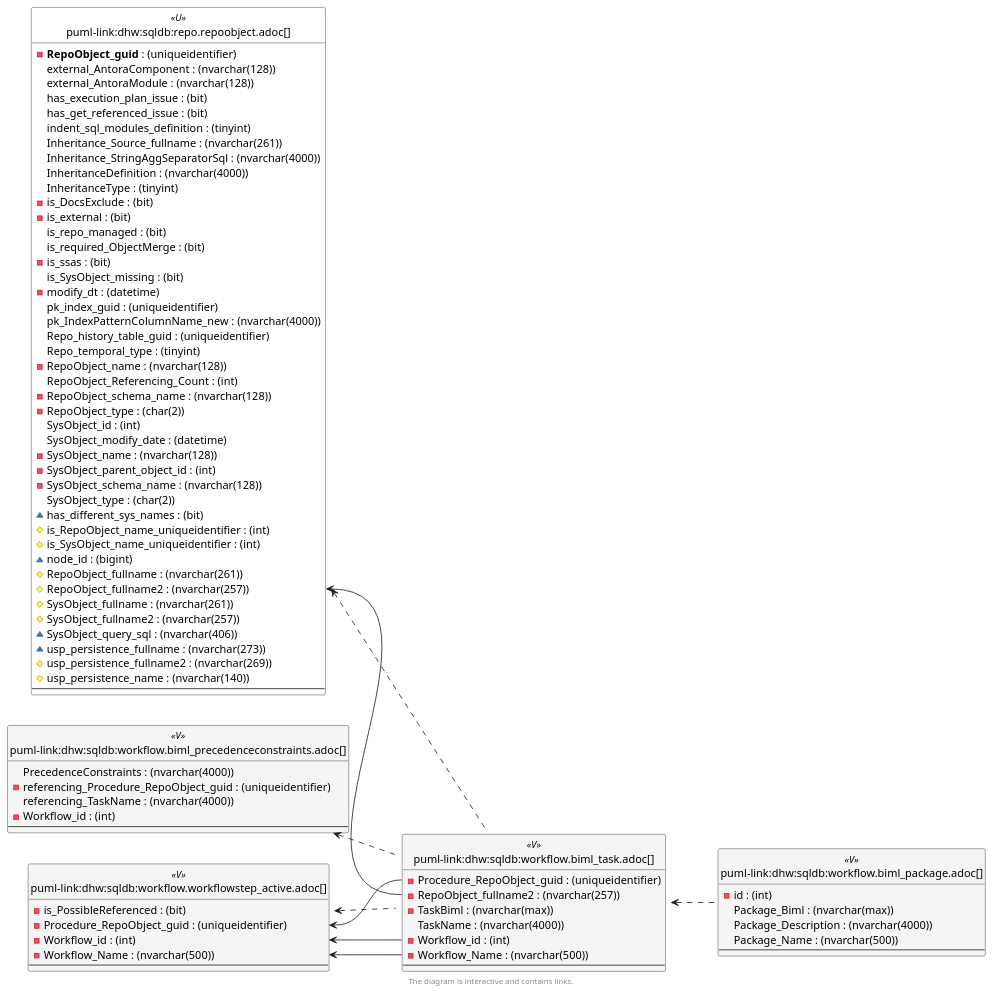
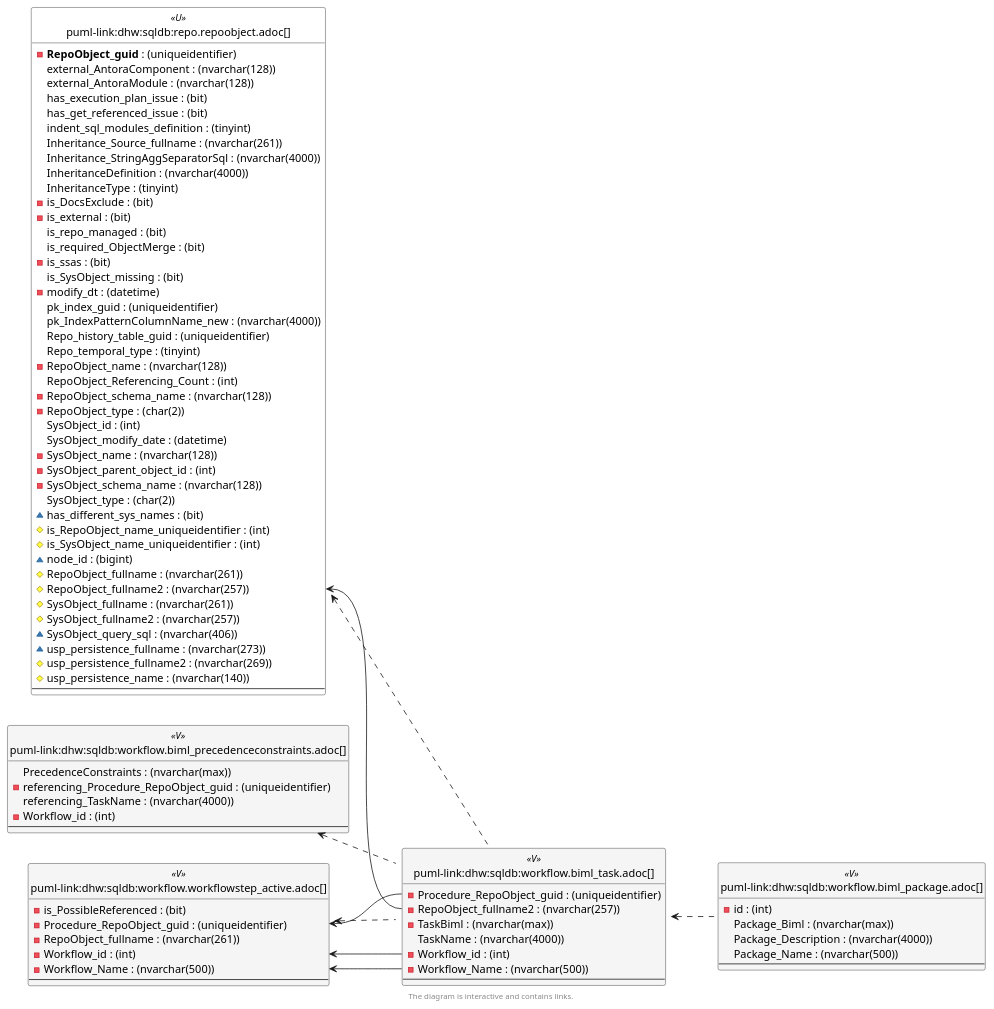
One commit to DataHandwerk/dhw-antora-sqldb changed the sixth of 6 diagrams in docs/modules/sqldb/partials/content/workflow.biml_task.adoc. Above: the diagram before and after it, drawn with PlantUML. The commit also changed other lines of this file and 701 other files, not shown here.

```diff
--- a/docs/modules/sqldb/partials/content/workflow.biml_task.adoc
+++ b/docs/modules/sqldb/partials/content/workflow.biml_task.adoc
@@ -1728,7 +1729,7 @@
 }
 
 entity "puml-link:dhw:sqldb:workflow.biml_precedenceconstraints.adoc[]" as workflow.Biml_PrecedenceConstraints << V >> {
-  PrecedenceConstraints : (nvarchar(4000))
+  PrecedenceConstraints : (nvarchar(max))
   - referencing_Procedure_RepoObject_guid : (uniqueidentifier)
   referencing_TaskName : (nvarchar(4000))
   - Workflow_id : (int)
@@ -1748,6 +1749,7 @@
 entity "puml-link:dhw:sqldb:workflow.workflowstep_active.adoc[]" as workflow.WorkflowStep_active << V >> {
   - is_PossibleReferenced : (bit)
   - Procedure_RepoObject_guid : (uniqueidentifier)
+  - RepoObject_fullname : (nvarchar(261))
   - Workflow_id : (int)
   - Workflow_Name : (nvarchar(500))
   --
```
